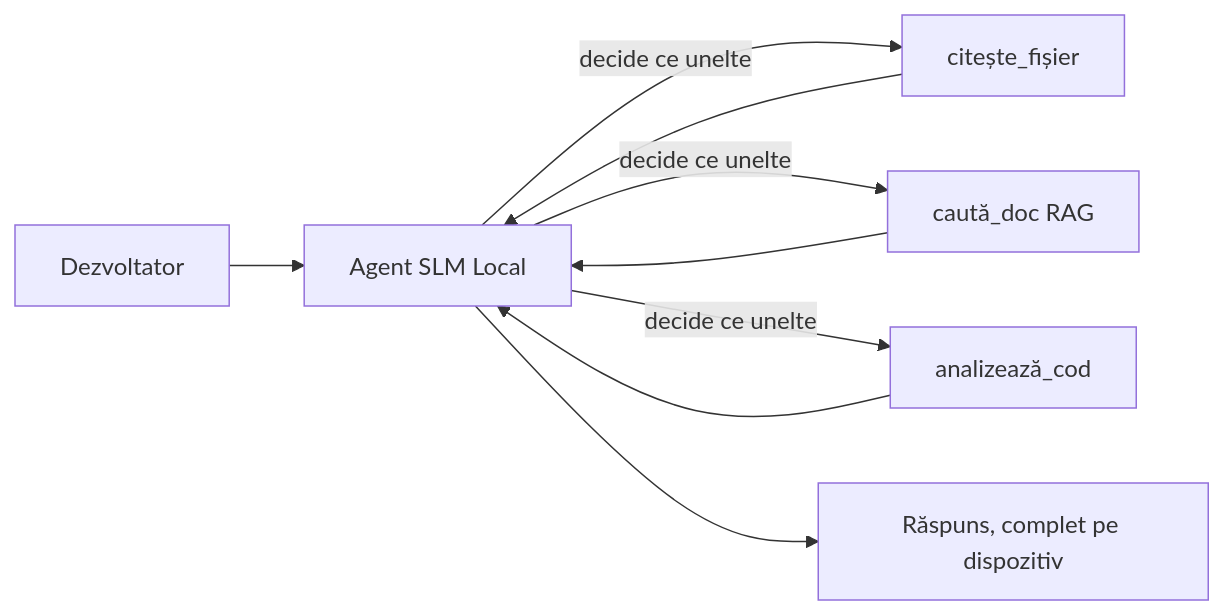
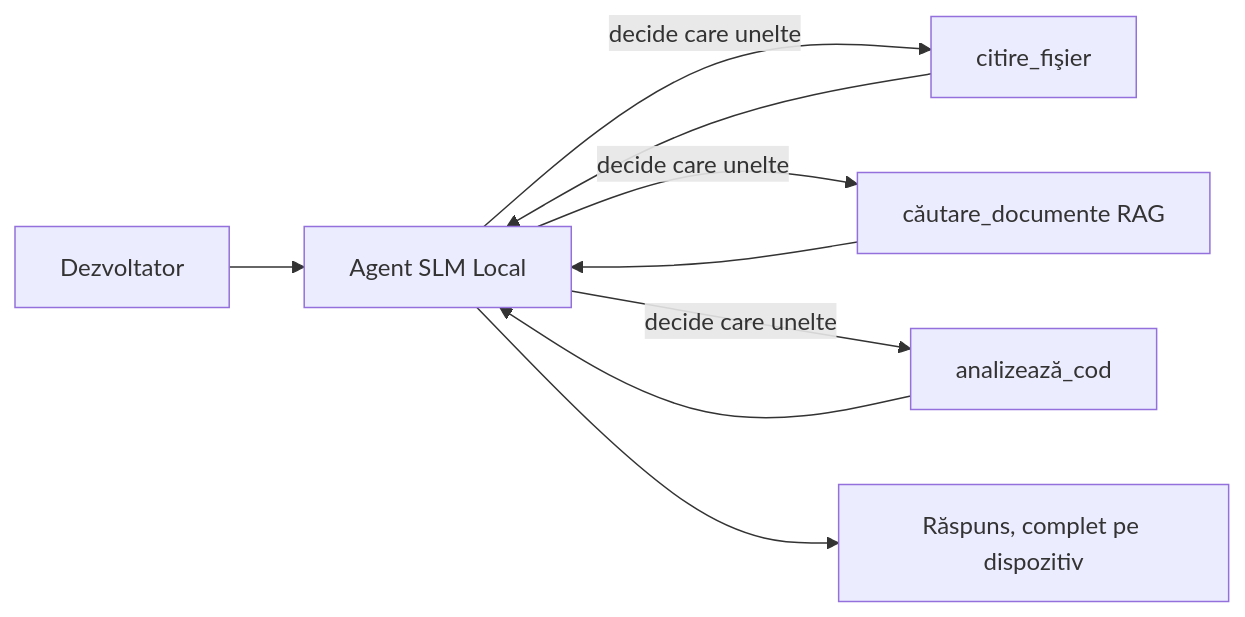
Before and after one commit to microsoft/ai-agents-for-beginners: the first of 4 diagrams in translations/ro/17-creating-local-ai-agents/README.md, drawn with Mermaid. The commit also changed other lines of this file and 46 other files, not shown here.

````diff
--- a/translations/ro/17-creating-local-ai-agents/README.md
+++ b/translations/ro/17-creating-local-ai-agents/README.md
@@ -66,11 +66,11 @@
 ```mermaid
 flowchart LR
     U[Dezvoltator] --> A[Agent SLM Local]
-    A -->|decide ce unelte| T1[citește_fișier]
-    A -->|decide ce unelte| T2[caută_doc RAG]
-    A -->|decide ce unelte| T3[analizează_cod]
+    A -->|decide care unelte| T1[citire_fişier]
+    A -->|decide care unelte| T2[căutare_documente RAG]
+    A -->|decide care unelte| T3[analizează_cod]
     T1 --> A
     T2 --> A
     T3 --> A
     A --> R[Răspuns, complet pe dispozitiv]
 ```
````
